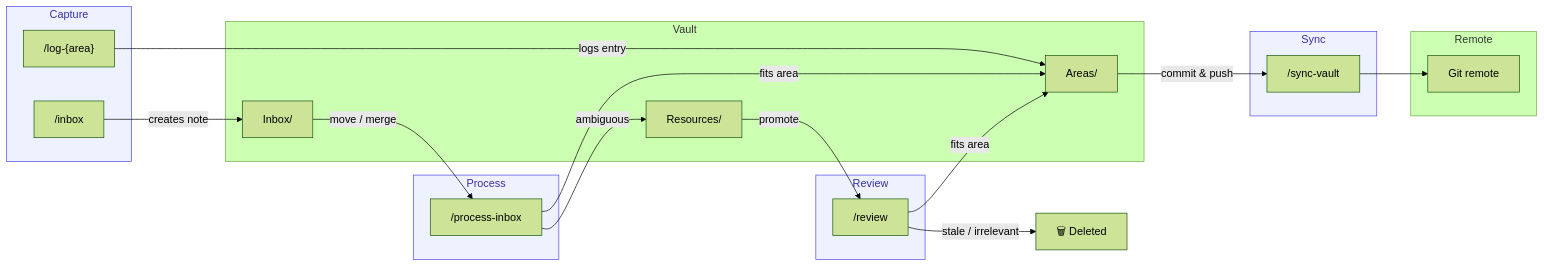
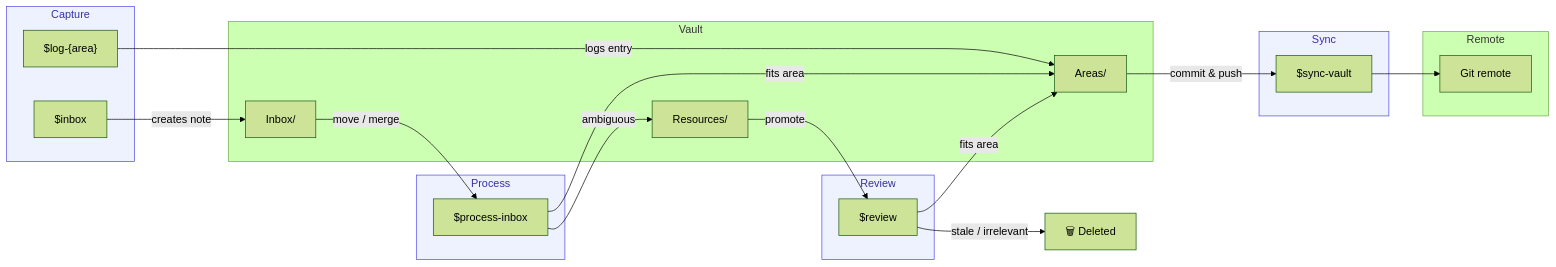
One commit to le4ker/mneme-template changed the diagram in README.md. Above: the diagram before and after it, drawn with Mermaid (forest theme). The commit also changed other lines of this file and 12 other files, not shown here.

````diff
--- a/README.md
+++ b/README.md
@@ -32,45 +32,45 @@
 ```mermaid
 flowchart LR
     subgraph capture ["Capture"]
-        inbox["/inbox"]
-        logarea["/log-{area}"]
+        inbox["$inbox"]
+        logarea["$log-{area}"]
     end
 
     subgraph process ["Process"]
-        processinbox["/process-inbox"]
+        processinbox["$process-inbox"]
     end
 
     subgraph reviewsg ["Review"]
-        reviewcmd["/review"]
+        reviewcmd["$review"]
     end
 
     subgraph sync ["Sync"]
-        syncvault["/sync-vault"]
+        syncvault["$sync-vault"]
     end
 
     subgraph vault ["Vault"]
         Inbox["Inbox/"]
         Areas["Areas/"]
         Resources["Resources/"]
     end
 
     subgraph remote ["Remote"]
         Git["Git remote"]
     end
 
     style capture fill:#eef2ff,stroke:#4f46e5,color:#3730a3
     style process fill:#eef2ff,stroke:#4f46e5,color:#3730a3
     style reviewsg fill:#eef2ff,stroke:#4f46e5,color:#3730a3
     style sync fill:#eef2ff,stroke:#4f46e5,color:#3730a3
 
     inbox -->|"creates note"| Inbox
     logarea -->|"logs entry"| Areas
     Inbox -->|"move / merge"| processinbox
     processinbox -->|"fits area"| Areas
     processinbox -->|"ambiguous"| Resources
     Resources -->|"promote"| reviewcmd
     reviewcmd -->|"fits area"| Areas
     reviewcmd -->|"stale / irrelevant"| Deleted["🗑 Deleted"]
     Areas -->|"commit & push"| syncvault
     syncvault --> Git
 ```
````
